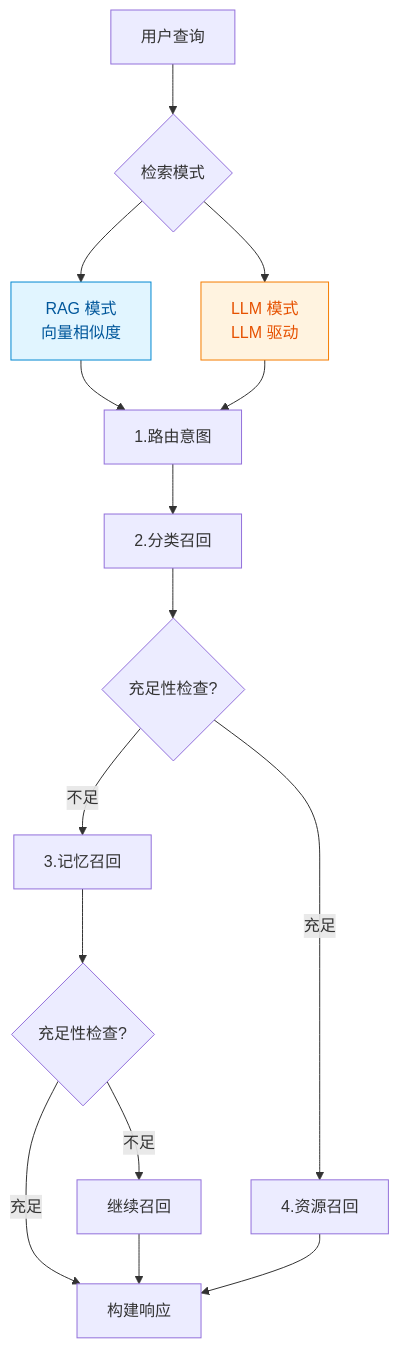
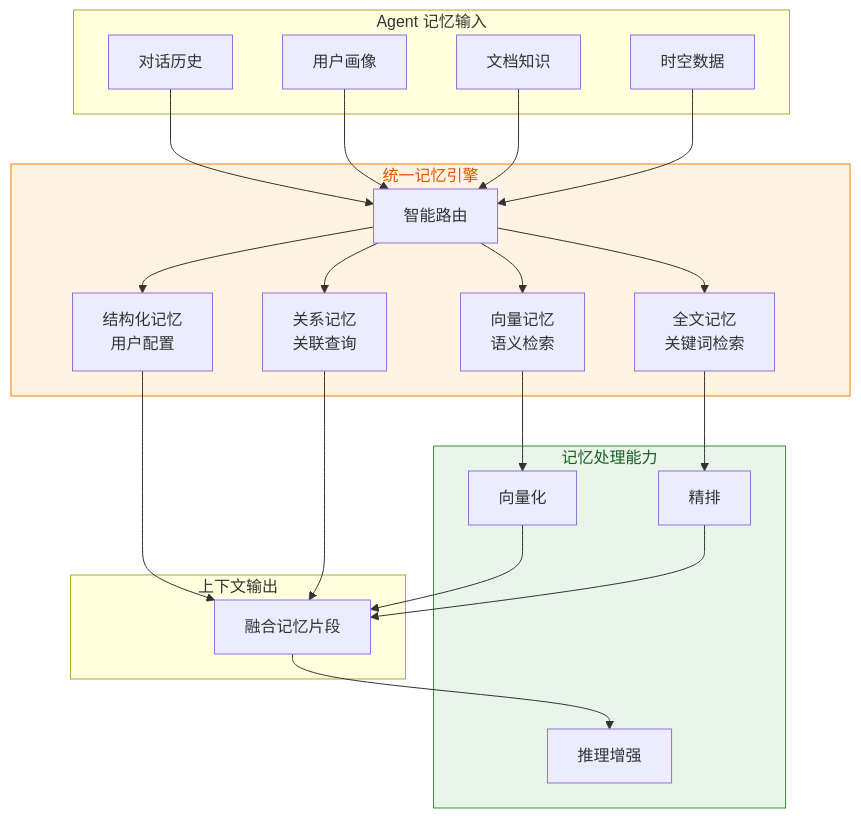
One commit to FreezeSoul/freezesoul.github.com changed the seventh of 8 diagrams in _posts/2026-03-06-agent-design-03-context-memory-design.md. Above: the diagram before and after it, drawn with Mermaid. The commit also changed other lines of this file and 2 other files, not shown here.

````diff
--- a/_posts/2026-03-06-agent-design-03-context-memory-design.md
+++ b/_posts/2026-03-06-agent-design-03-context-memory-design.md
@@ -423,23 +286,49 @@
 ```mermaid
 flowchart TD
-    Query["用户查询"] --> Mode{"检索模式"}
-    
-    Mode --> RAG["RAG 模式<br/>向量相似度"]
-    Mode --> LLM["LLM 模式<br/>LLM 驱动"]
-    
-    RAG --> Route["1.路由意图"]
-    LLM --> Route
-    
-    Route --> Category["2.分类召回"]
-    Category --> Sufficiency1{"充足性检查?"}
-    Sufficiency1 -->|不足| Item["3.记忆召回"]
-    Sufficiency1 -->|充足| Resource["4.资源召回"]
-    Item --> Sufficiency2{"充足性检查?"}
-    Sufficiency2 -->|不足| MoreResource["继续召回"]
-    Sufficiency2 -->|充足| Response["构建响应"]
-    MoreResource --> Response
-    Resource --> Response
-    
-    style RAG fill:#e1f5ff,stroke:#0288d1,color:#01579b
-    style LLM fill:#fff3e0,stroke:#f57c00,color:#e65100
+    subgraph Input["Agent 记忆输入"]
+        M1["对话历史"]
+        M2["用户画像"]
+        M3["文档知识"]
+        M4["时空数据"]
+    end
+
+    subgraph Engine["统一记忆引擎"]
+        Parser["智能路由"]
+        Vector["向量记忆<br/>语义检索"]
+        FTS["全文记忆<br/>关键词检索"]
+        JSON["结构化记忆<br/>用户配置"]
+        Relational["关系记忆<br/>关联查询"]
+    end
+
+    subgraph AI["记忆处理能力"]
+        Embed["向量化"]
+        Rerank["精排"]
+        Reason["推理增强"]
+    end
+
+    subgraph Output["上下文输出"]
+        Result["融合记忆片段"]
+    end
+
+    M1 --> Parser
+    M2 --> Parser
+    M3 --> Parser
+    M4 --> Parser
+
+    Parser --> Vector
+    Parser --> FTS
+    Parser --> JSON
+    Parser --> Relational
+
+    Vector --> Embed
+    FTS --> Rerank
+    Result --> Reason
+
+    Embed --> Result
+    Rerank --> Result
+    JSON --> Result
+    Relational --> Result
+
+    style Engine fill:#fff4e1,stroke:#f57c00,color:#e65100
+    style AI fill:#e8f5e9,stroke:#388e3c,color:#1b5e20
 ```
````
